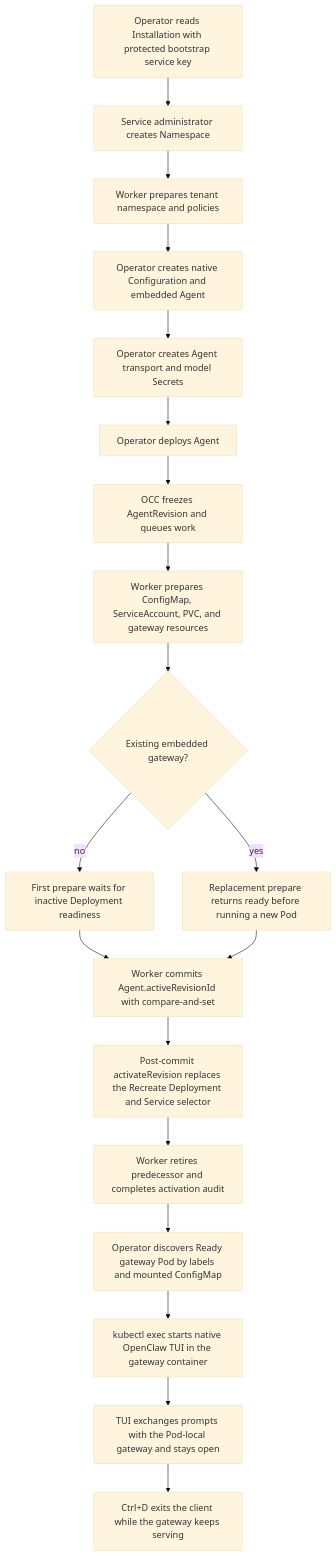
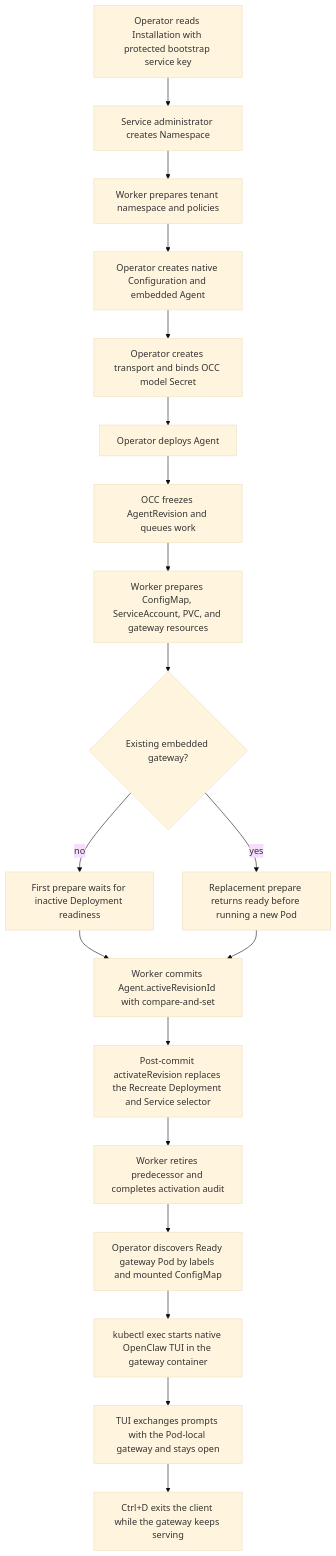
Before and after one commit to IsaiahStapleton/openclaw-enterprise: the diagram in docs/flows/production-tui.md, drawn with Mermaid (base theme). The commit also changed other lines of this file and 102 other files, not shown here.

````diff
--- a/docs/flows/production-tui.md
+++ b/docs/flows/production-tui.md
@@ -34,21 +34,21 @@
 ```mermaid
 graph TD
   Z["Operator reads Installation with protected bootstrap service key"] --> A["Service administrator creates Namespace"]
   A --> B["Worker prepares tenant namespace and policies"]
   B --> C["Operator creates native Configuration and embedded Agent"]
-  C --> D["Operator creates Agent transport and model Secrets"]
+  C --> D["Operator creates transport and binds OCC model Secret"]
   D --> E["Operator deploys Agent"]
   E --> F["OCC freezes AgentRevision and queues work"]
   F --> G["Worker prepares ConfigMap, ServiceAccount, PVC, and gateway resources"]
   G --> H{"Existing embedded gateway?"}
   H -->|no| I["First prepare waits for inactive Deployment readiness"]
   H -->|yes| J["Replacement prepare returns ready before running a new Pod"]
   I --> K["Worker commits Agent.activeRevisionId with compare-and-set"]
   J --> K
   K --> L["Post-commit activateRevision replaces the Recreate Deployment and Service selector"]
   L --> M["Worker retires predecessor and completes activation audit"]
   M --> N["Operator discovers Ready gateway Pod by labels and mounted ConfigMap"]
   N --> O["kubectl exec starts native OpenClaw TUI in the gateway container"]
   O --> P["TUI exchanges prompts with the Pod-local gateway and stays open"]
   P --> Q["Ctrl+D exits the client while the gateway keeps serving"]
 ```
````
